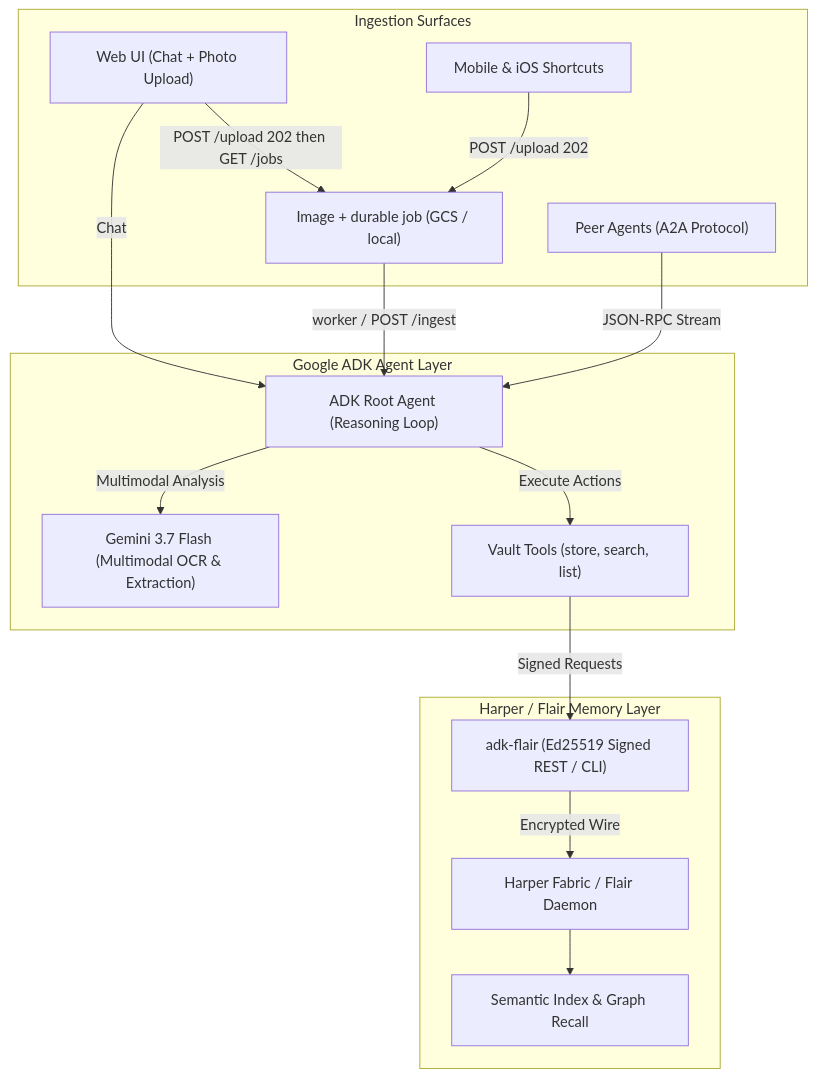
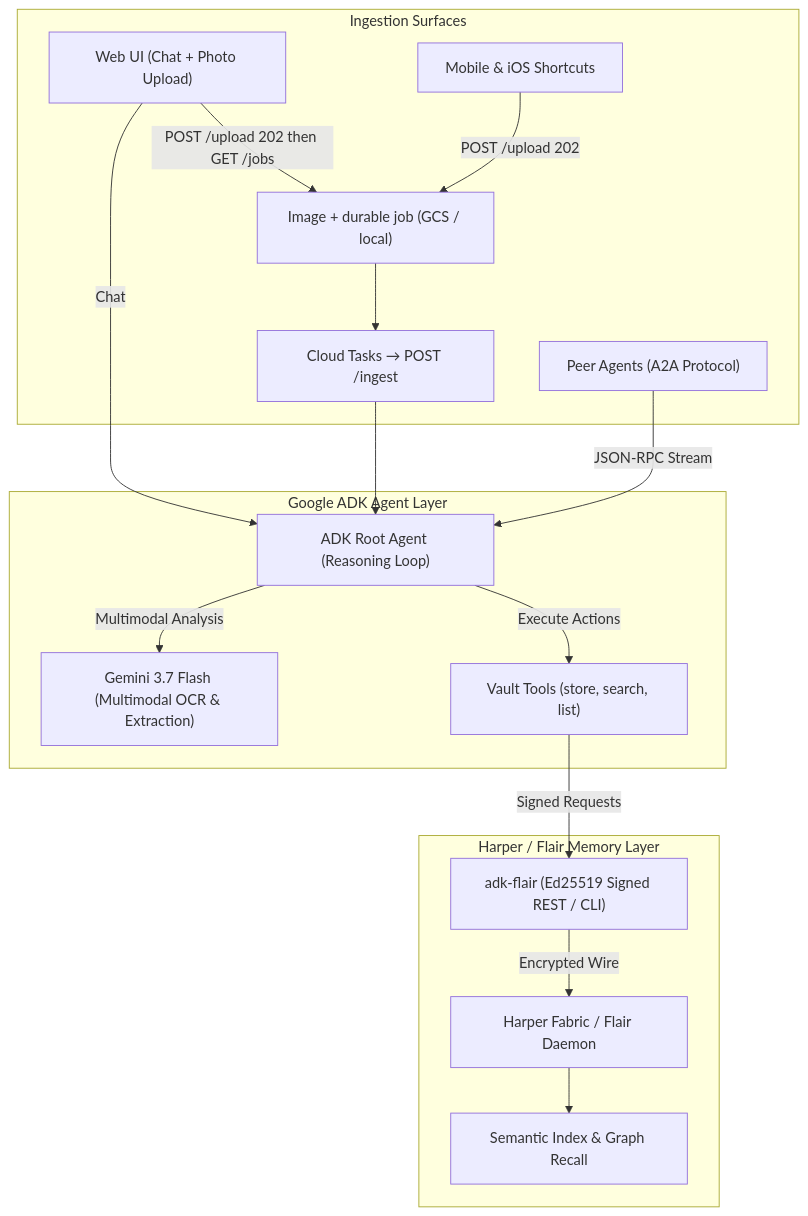
Before and after one commit to heskew/visual-memory-vault: the diagram in README.md, drawn with Mermaid. The commit also changed other lines of this file and 11 other files, not shown here.

First line of the commit message:
fix: Cloud Tasks consumer, store-commit, and job lease

````diff
--- a/README.md
+++ b/README.md
@@ -39,33 +39,35 @@
 ```mermaid
 flowchart TD
     subgraph Capture["Ingestion Surfaces"]
         Web["Web UI (Chat + Photo Upload)"]
         iOS["Mobile & iOS Shortcuts"]
         Persist["Image + durable job (GCS / local)"]
+        Tasks["Cloud Tasks → POST /ingest"]
         A2A["Peer Agents (A2A Protocol)"]
     end
 
     subgraph ADK["Google ADK Agent Layer"]
         Gemini["Gemini 3.7 Flash (Multimodal OCR & Extraction)"]
         Agent["ADK Root Agent (Reasoning Loop)"]
         Tools["Vault Tools (store, search, list)"]
     end
 
     subgraph Harper["Harper / Flair Memory Layer"]
         Adapter["adk-flair (Ed25519 Signed REST / CLI)"]
         Daemon["Harper Fabric / Flair Daemon"]
         Vector["Semantic Index & Graph Recall"]
     end
 
     Web -->|POST /upload 202 then GET /jobs| Persist
     Web -->|Chat| Agent
     iOS -->|POST /upload 202| Persist
-    Persist -->|worker / POST /ingest| Agent
+    Persist --> Tasks
+    Tasks --> Agent
     A2A -->|JSON-RPC Stream| Agent
 
     Agent -->|Multimodal Analysis| Gemini
     Agent -->|Execute Actions| Tools
     Tools -->|Signed Requests| Adapter
     Adapter -->|Encrypted Wire| Daemon
     Daemon --> Vector
 ```
````
